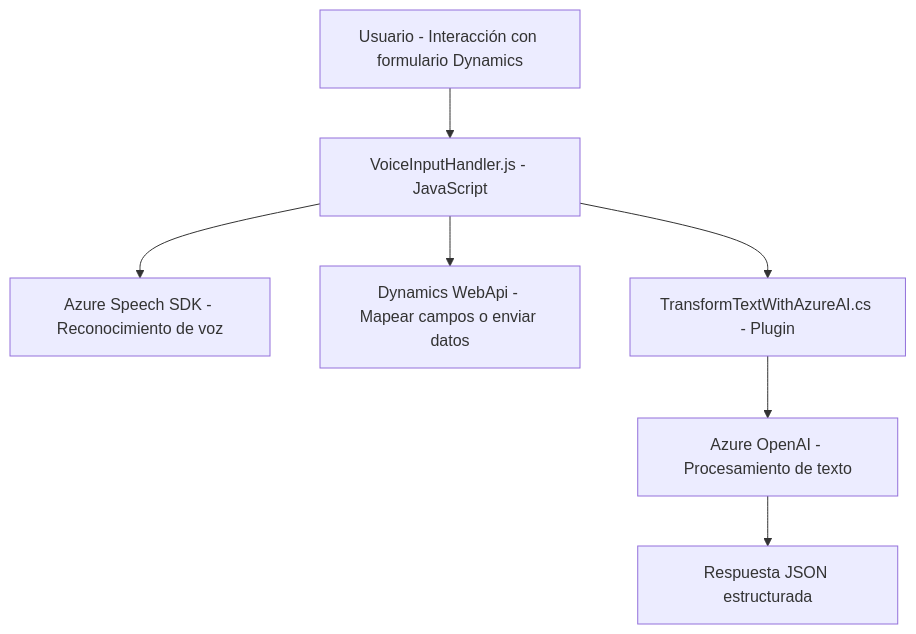
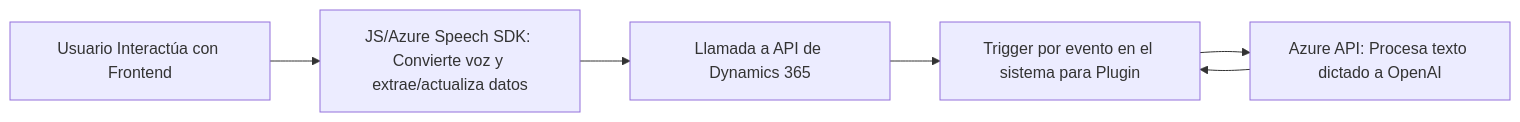
Before and after one commit to blopezdm/NETCORE_BILBAO2025: the diagram in README.md, drawn with Mermaid. The commit also changed other lines of this file, not shown here.

Commit message:
Actualizar análisis global de la solución con IA

````diff
--- a/README.md
+++ b/README.md
@@ -43,17 +48,13 @@
 ```mermaid
-graph TD
-  A["Usuario - Interacción con formulario Dynamics"]
-  B["VoiceInputHandler.js - JavaScript"]
-  C["Azure Speech SDK - Reconocimiento de voz"]
-  D["Dynamics WebApi - Mapear campos o enviar datos"]
-  E["TransformTextWithAzureAI.cs - Plugin"]
-  F["Azure OpenAI - Procesamiento de texto"]
-  G["Respuesta JSON estructurada"]
+graph LR
+    A["Usuario Interactúa con Frontend"]
+    B["Frontend: Procesamiento de voz con SDK de Azure"]
+    C["API de Dynamics 365"]
+    D["Plugin en Back-end: Procesamiento con Azure OpenAI"]
 
-  A --> B
-  B --> C
-  B --> D
-  B --> E
-  E --> F
-  F --> G
+    A --> B["JS/Azure Speech SDK: Convierte voz y extrae/actualiza datos"]
+    B --> C["Llamada a API de Dynamics 365"]
+    C --> D["Trigger por evento en el sistema para Plugin"]
+    D --> E["Azure API: Procesa texto dictado a OpenAI"]
+    E --> D
 ```
````
